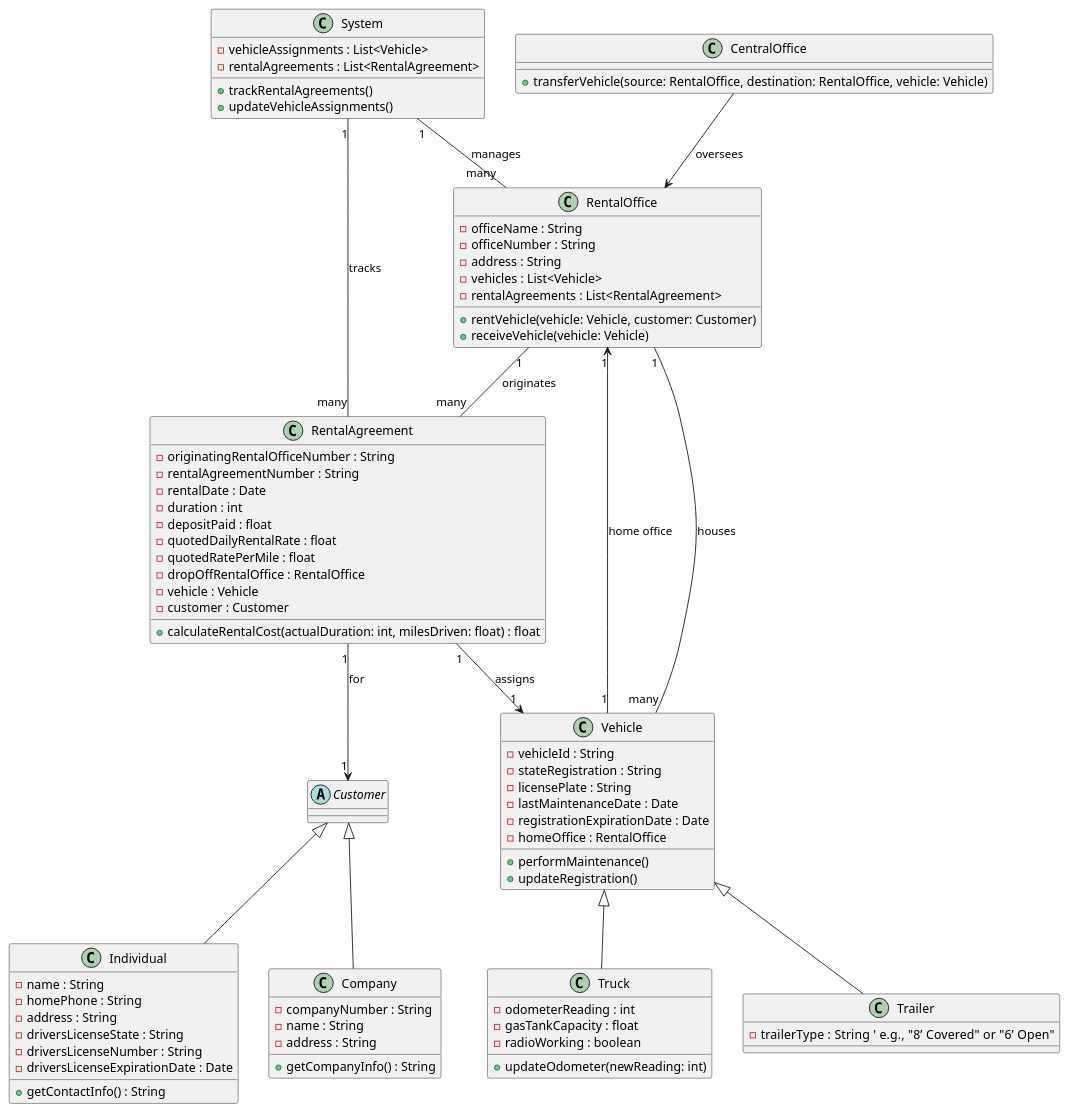
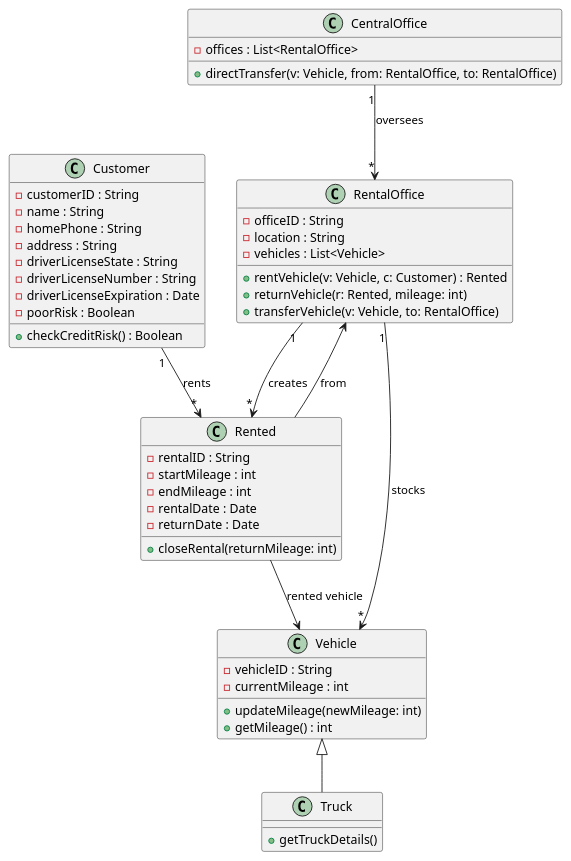
One commit to RayWP/pfsa-id changed the diagram in survey-ud/gen-r-ent-o3-mini/rental-truck-company_class_diagram.puml. Above: the diagram before and after it, drawn with PlantUML. The commit also changed 40 other files, not shown here.

```diff
--- a/survey-ud/gen-r-ent-o3-mini/rental-truck-company_class_diagram.puml
+++ b/survey-ud/gen-r-ent-o3-mini/rental-truck-company_class_diagram.puml
@@ -1,122 +1,74 @@
 @startuml
-' The overall system that manages rental offices, rental agreements and vehicle assignments
-class System {
-  - vehicleAssignments : List<Vehicle>
-  - rentalAgreements : List<RentalAgreement>
-  + trackRentalAgreements() 
-  + updateVehicleAssignments()
+' Define Rental Office: each office stocks Vehicles and handles rental transactions
+class RentalOffice {
+  - officeID : String
+  - location : String
+  - vehicles : List<Vehicle>
+  + rentVehicle(v: Vehicle, c: Customer) : Rented
+  + returnVehicle(r: Rented, mileage: int)
+  + transferVehicle(v: Vehicle, to: RentalOffice)
 }
 
-' The central office that oversees vehicle distribution and transfers
+' Define Central Office: oversees distribution and transfers among Rental Offices
 class CentralOffice {
-  + transferVehicle(source: RentalOffice, destination: RentalOffice, vehicle: Vehicle)
+  - offices : List<RentalOffice>
+  + directTransfer(v: Vehicle, from: RentalOffice, to: RentalOffice)
 }
 
-' A rental office has a unique three-digit office number, a name and an address.
-class RentalOffice {
-  - officeName : String
-  - officeNumber : String
-  - address : String
-  - vehicles : List<Vehicle>
-  - rentalAgreements : List<RentalAgreement>
-  + rentVehicle(vehicle: Vehicle, customer: Customer)
-  + receiveVehicle(vehicle: Vehicle)
+' Define Vehicle: general attributes common to all vehicles 
+class Vehicle {
+  - vehicleID : String
+  - currentMileage : int
+  + updateMileage(newMileage: int)
+  + getMileage() : int
 }
 
-' Base vehicle class representing all vehicles in stock. Each vehicle is assigned a unique id,
-' state of registration, license plate, last maintenance date and registration expiration date.
-class Vehicle {
-  - vehicleId : String
-  - stateRegistration : String
-  - licensePlate : String
-  - lastMaintenanceDate : Date
-  - registrationExpirationDate : Date
-  - homeOffice : RentalOffice
-  + performMaintenance()
-  + updateRegistration()
+' Define Truck: a specific type of Vehicle (could add Trailer similarly if needed)
+class Truck {
+  + getTruckDetails()
 }
+Vehicle <|-- Truck
 
-' Truck is a subclass of Vehicle.
-' Trucks have additional attributes: current odometer reading, gas tank capacity
-' and status of working radio.
-class Truck extends Vehicle {
-  - odometerReading : int
-  - gasTankCapacity : float
-  - radioWorking : boolean
-  + updateOdometer(newReading: int)
-}
-
-' Trailer is a subclass of Vehicle.
-' The type of trailer can be distinguished by a type attribute.
-class Trailer extends Vehicle {
-  - trailerType : String   ' e.g., "8’ Covered" or "6’ Open"
-}
-
-' RentalAgreement represents a rental transaction for a single vehicle.
-' It records the originating office number, rental agreement number, rental date, duration,
-' drop-off rental office, deposit paid, quoted daily rental rate and quoted rate per mile.
-' Each rental agreement is associated with one vehicle and one customer (individual or company).
-class RentalAgreement {
-  - originatingRentalOfficeNumber : String
-  - rentalAgreementNumber : String
-  - rentalDate : Date
-  - duration : int
-  - depositPaid : float
-  - quotedDailyRentalRate : float
-  - quotedRatePerMile : float
-  - dropOffRentalOffice : RentalOffice
-  - vehicle : Vehicle
-  - customer : Customer
-  + calculateRentalCost(actualDuration: int, milesDriven: float) : float
-}
-
-' An abstract Customer class that is extended by Individual and Company.
-abstract class Customer {
-}
-
-' Individual customers have a name, home phone, address and driver’s license details.
-class Individual extends Customer {
+' Define Customer: record includes personal info and driver license details
+class Customer {
+  - customerID : String
   - name : String
   - homePhone : String
   - address : String
-  - driversLicenseState : String
-  - driversLicenseNumber : String
-  - driversLicenseExpirationDate : Date
-  + getContactInfo() : String
+  - driverLicenseState : String
+  - driverLicenseNumber : String
+  - driverLicenseExpiration : Date
+  - poorRisk : Boolean
+  + checkCreditRisk() : Boolean
 }
 
-' For company customers we record a company number, name and address.
-class Company extends Customer {
-  - companyNumber : String
-  - name : String
-  - address : String
-  + getCompanyInfo() : String
+' Define Rented: represents a rental transaction, logs mileage before and after, dates etc.
+class Rented {
+  - rentalID : String
+  - startMileage : int
+  - endMileage : int
+  - rentalDate : Date
+  - returnDate : Date
+  + closeRental(returnMileage: int)
 }
 
-' Associations
+' Relationships:
+' A RentalOffice stocks many Vehicles.
+RentalOffice "1" --> "*" Vehicle : stocks
 
-' The system manages many rental offices.
-System "1" -- "many" RentalOffice : manages
+' A RentalOffice creates many rental transactions.
+RentalOffice "1" --> "*" Rented : "creates"
 
-' The system tracks many rental agreements.
-System "1" -- "many" RentalAgreement : tracks
+' Each rental transaction links one Customer.
+Customer "1" --> "*" Rented : "rents"
 
-' Each rental office houses many vehicles.
-RentalOffice "1" -- "many" Vehicle : houses
+' Each rental transaction is associated with one Vehicle.
+Rented --> Vehicle : "rented vehicle"
 
-' Each rental office originates many rental agreements.
-RentalOffice "1" -- "many" RentalAgreement : originates
+' A Rental transaction is conducted at one RentalOffice.
+Rented --> RentalOffice : "from"
 
-' Each rental agreement is for exactly one vehicle.
-RentalAgreement "1" --> "1" Vehicle : assigns
-
-' Each rental agreement involves exactly one customer (individual or company).
-RentalAgreement "1" --> "1" Customer : for
-
-' Each vehicle is based out of exactly one home office (a RentalOffice).
-Vehicle "1" --> "1" RentalOffice : "home office"
-
-' The Central Office oversees vehicle distribution among Rental Offices.
-CentralOffice --> RentalOffice : oversees
+' CentralOffice oversees multiple RentalOffices.
+CentralOffice "1" --> "*" RentalOffice : "oversees"
 
 @enduml
```
